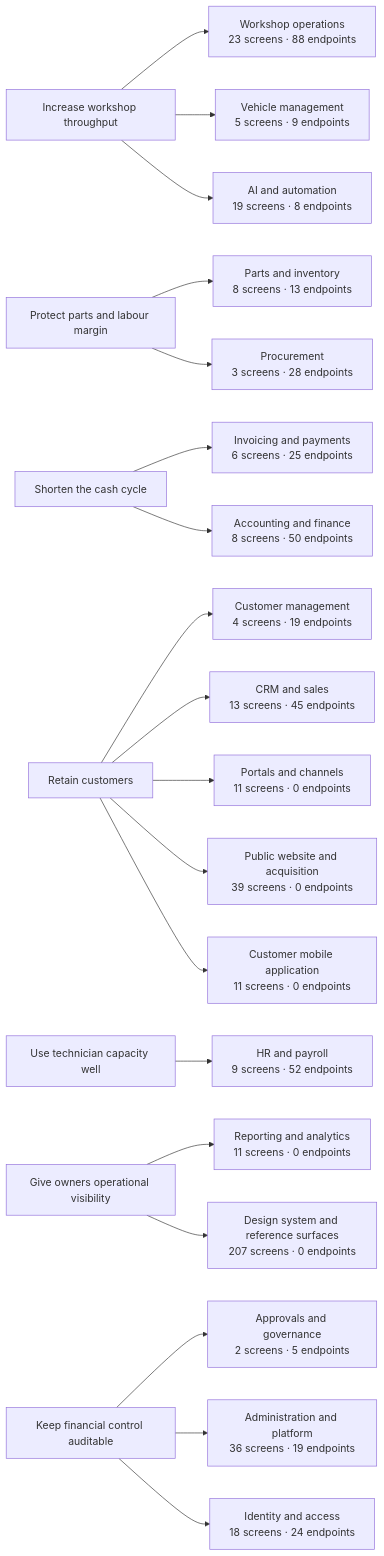
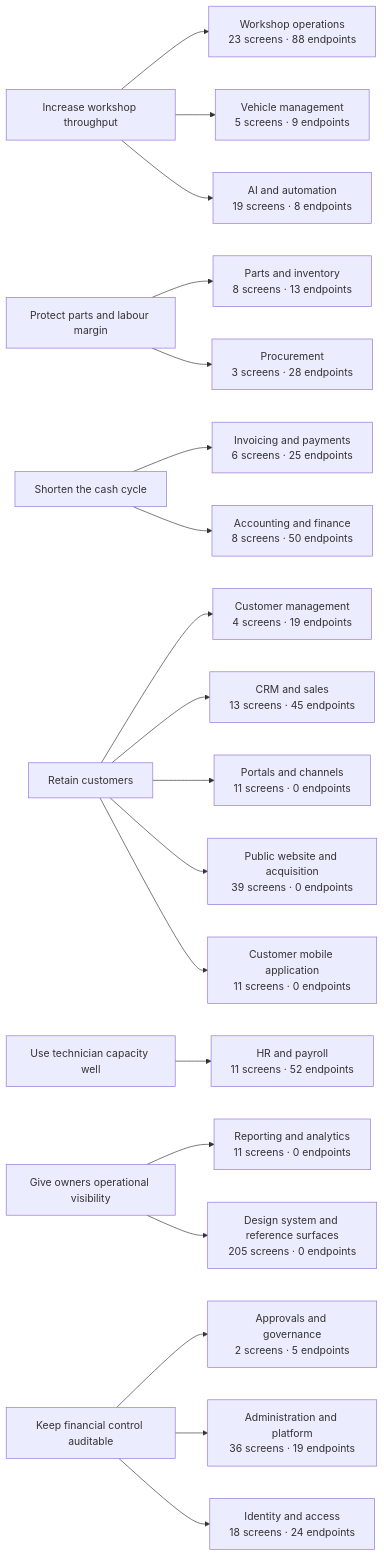
The diagram in docs/07_BUSINESS_ANALYSIS/BUSINESS_CAPABILITY_MAP.md (tazamohd/SlClNe), drawn with Mermaid before and after one commit. The commit also changed other lines of this file and 43 other files, not shown here.

````diff
--- a/docs/07_BUSINESS_ANALYSIS/BUSINESS_CAPABILITY_MAP.md
+++ b/docs/07_BUSINESS_ANALYSIS/BUSINESS_CAPABILITY_MAP.md
@@ -22,46 +22,46 @@
 ```mermaid
 flowchart LR
   OBJ_THROUGHPUT["Increase workshop throughput"]
   OBJ_MARGIN["Protect parts and labour margin"]
   OBJ_CASH["Shorten the cash cycle"]
   OBJ_RETENTION["Retain customers"]
   OBJ_CAPACITY["Use technician capacity well"]
   OBJ_VISIBILITY["Give owners operational visibility"]
   OBJ_CONTROL["Keep financial control auditable"]
   CAP_WORKSHOP["Workshop operations<br/>23 screens · 88 endpoints"]
   OBJ_THROUGHPUT --> CAP_WORKSHOP
   CAP_CUSTOMERS["Customer management<br/>4 screens · 19 endpoints"]
   OBJ_RETENTION --> CAP_CUSTOMERS
   CAP_VEHICLES["Vehicle management<br/>5 screens · 9 endpoints"]
   OBJ_THROUGHPUT --> CAP_VEHICLES
   CAP_INVENTORY["Parts and inventory<br/>8 screens · 13 endpoints"]
   OBJ_MARGIN --> CAP_INVENTORY
   CAP_PROCUREMENT["Procurement<br/>3 screens · 28 endpoints"]
   OBJ_MARGIN --> CAP_PROCUREMENT
   CAP_BILLING["Invoicing and payments<br/>6 screens · 25 endpoints"]
   OBJ_CASH --> CAP_BILLING
   CAP_ACCOUNTING["Accounting and finance<br/>8 screens · 50 endpoints"]
   OBJ_CASH --> CAP_ACCOUNTING
-  CAP_HR["HR and payroll<br/>9 screens · 52 endpoints"]
+  CAP_HR["HR and payroll<br/>11 screens · 52 endpoints"]
   OBJ_CAPACITY --> CAP_HR
   CAP_CRM["CRM and sales<br/>13 screens · 45 endpoints"]
   OBJ_RETENTION --> CAP_CRM
   CAP_REPORTING["Reporting and analytics<br/>11 screens · 0 endpoints"]
   OBJ_VISIBILITY --> CAP_REPORTING
   CAP_GOVERNANCE["Approvals and governance<br/>2 screens · 5 endpoints"]
   OBJ_CONTROL --> CAP_GOVERNANCE
   CAP_PORTALS["Portals and channels<br/>11 screens · 0 endpoints"]
   OBJ_RETENTION --> CAP_PORTALS
   CAP_AI["AI and automation<br/>19 screens · 8 endpoints"]
   OBJ_THROUGHPUT --> CAP_AI
   CAP_PLATFORM["Administration and platform<br/>36 screens · 19 endpoints"]
   OBJ_CONTROL --> CAP_PLATFORM
   CAP_IDENTITY["Identity and access<br/>18 screens · 24 endpoints"]
   OBJ_CONTROL --> CAP_IDENTITY
   CAP_WEBSITE["Public website and acquisition<br/>39 screens · 0 endpoints"]
   OBJ_RETENTION --> CAP_WEBSITE
   CAP_CUSTOMERAPP["Customer mobile application<br/>11 screens · 0 endpoints"]
   OBJ_RETENTION --> CAP_CUSTOMERAPP
-  CAP_DESIGNSYSTEM["Design system and reference surfaces<br/>207 screens · 0 endpoints"]
+  CAP_DESIGNSYSTEM["Design system and reference surfaces<br/>205 screens · 0 endpoints"]
   OBJ_VISIBILITY --> CAP_DESIGNSYSTEM
 ```
````
